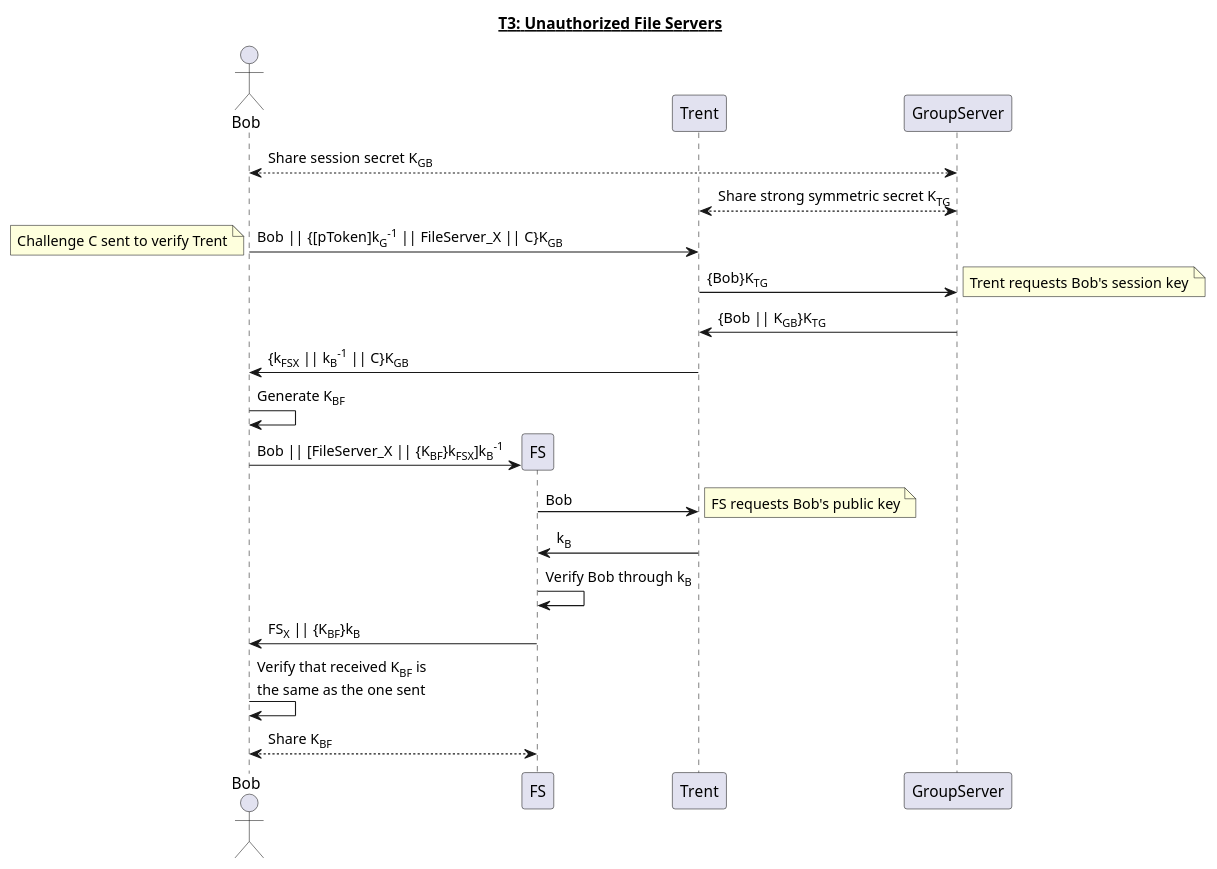
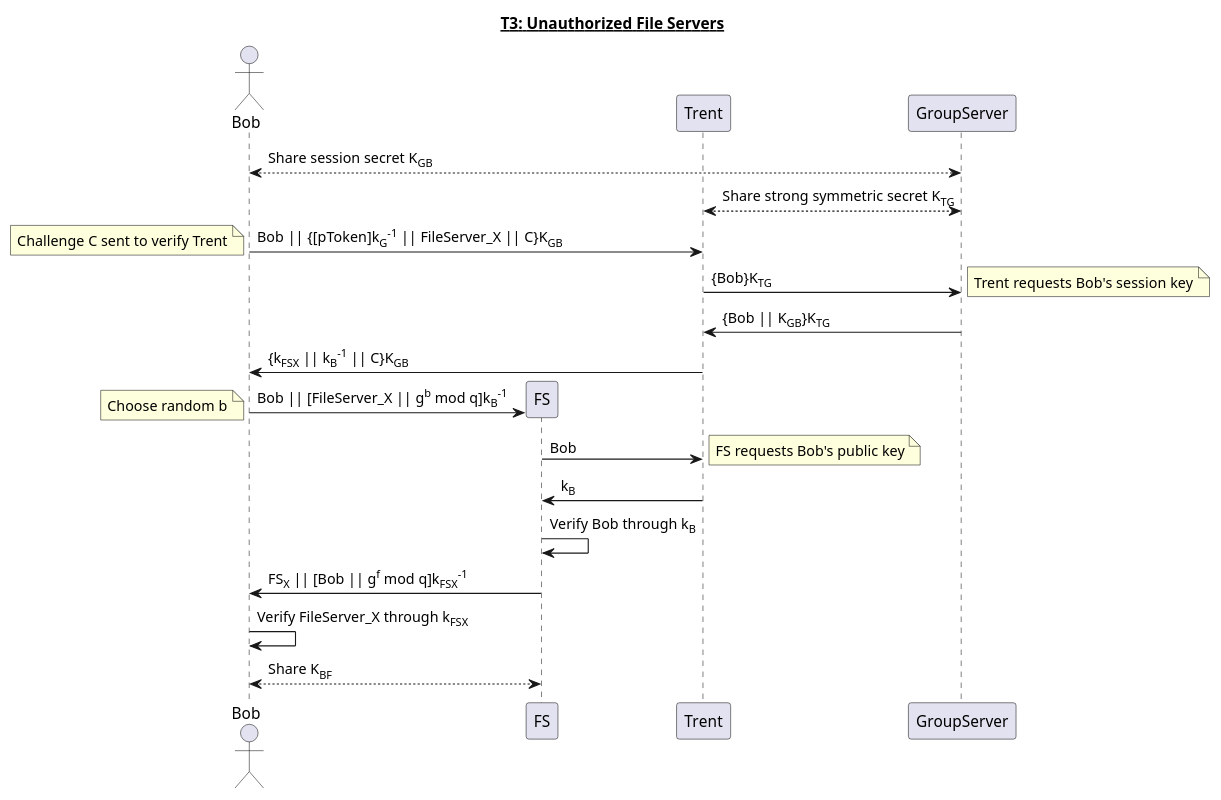
Before and after one commit to jondyer/cs1653-2017fa-jbd29-mar257-zds14: the diagram in reports/img/T3.puml, drawn with PlantUML. The commit also changed 1 other file, not shown here.

```diff
--- a/reports/img/T3.puml
+++ b/reports/img/T3.puml
@@ -1,30 +1,30 @@
 @startuml
 title __T3: Unauthorized File Servers__
 actor Bob
 participant FS
 participant Trent
 participant GroupServer
 
 Bob <--> GroupServer: Share session secret K<sub>GB</sub>
 GroupServer <--> Trent: Share strong symmetric secret K<sub>TG</sub>
 Bob -> Trent: Bob || {[pToken]k<sub>G</sub><sup>-1</sup> || FileServer_X || C}K<sub>GB</sub>
 note left: Challenge C sent to verify Trent
 
 Trent -> GroupServer: {Bob}K<sub>TG</sub>
 note right: Trent requests Bob's session key
 GroupServer -> Trent: {Bob || K<sub>GB</sub>}K<sub>TG</sub>
 Trent -> Bob: {k<sub>FSX</sub> || k<sub>B</sub><sup>-1</sup> || C}K<sub>GB</sub>
 
-Bob -> Bob: Generate K<sub>BF</sub>
 create FS
-Bob -> FS: Bob || [FileServer_X || {K<sub>BF</sub>}k<sub>FSX</sub>]k<sub>B</sub><sup>-1</sup>
+Bob -> FS: Bob || [FileServer_X || g<sup>b</sup> mod q]k<sub>B</sub><sup>-1</sup>
+note left: Choose random b
 FS -> Trent: Bob
 note right: FS requests Bob's public key
 Trent -> FS: k<sub>B</sub>
 
 FS -> FS: Verify Bob through k<sub>B</sub>
-FS -> Bob: FS<sub>X</sub> || {K<sub>BF</sub>}k<sub>B</sub>
-Bob -> Bob: Verify that received K<sub>BF</sub> is \nthe same as the one sent
+FS -> Bob: FS<sub>X</sub> || [Bob || g<sup>f</sup> mod q]k<sub>FSX</sub><sup>-1</sup>
+Bob -> Bob: Verify FileServer_X through k<sub>FSX</sub>
 
 Bob <--> FS: Share K<sub>BF</sub>
 @enduml
```
